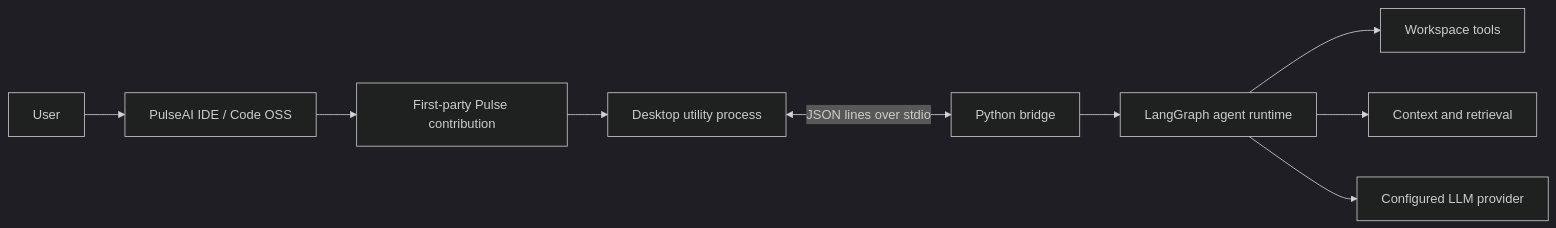
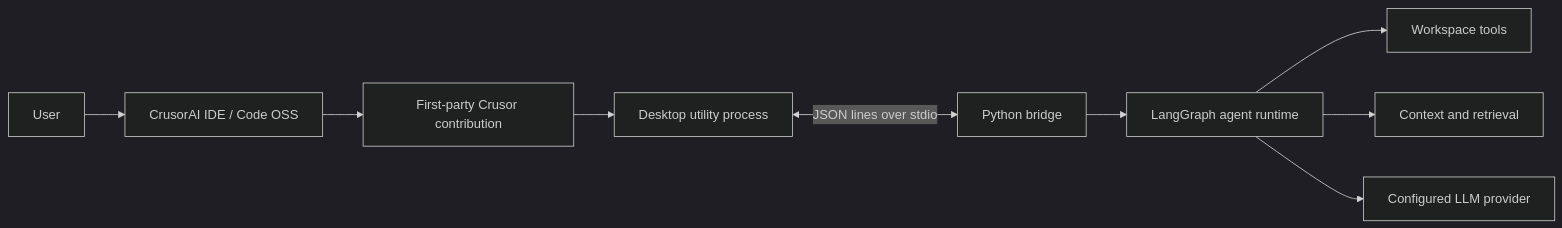
One commit to SriAkhilSJ/PulseAIRepo changed the diagram in README.md. Above: the diagram before and after it, drawn with Mermaid (dark theme). The commit also changed other lines of this file and 1195 other files, not shown here.

First line of the commit message:
rebrand: PulseAI → CrusorAI across the entire repo, new logo

````diff
--- a/README.md
+++ b/README.md
@@ -255,11 +255,11 @@
 ```mermaid
 flowchart LR
-    U[User] --> IDE[PulseAI IDE / Code OSS]
-    IDE --> HOST[First-party Pulse contribution]
+    U[User] --> IDE[CrusorAI IDE / Code OSS]
+    IDE --> HOST[First-party Crusor contribution]
     HOST --> WORKER[Desktop utility process]
     WORKER <-->|JSON lines over stdio| BRIDGE[Python bridge]
     BRIDGE --> GRAPH[LangGraph agent runtime]
     GRAPH --> TOOLS[Workspace tools]
     GRAPH --> CONTEXT[Context and retrieval]
     GRAPH --> PROVIDER[Configured LLM provider]
 ```
````
